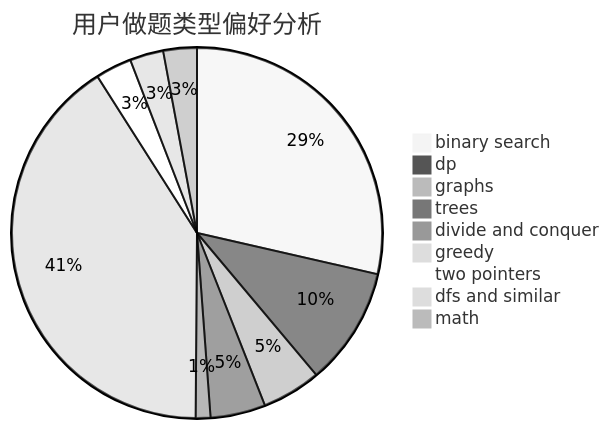
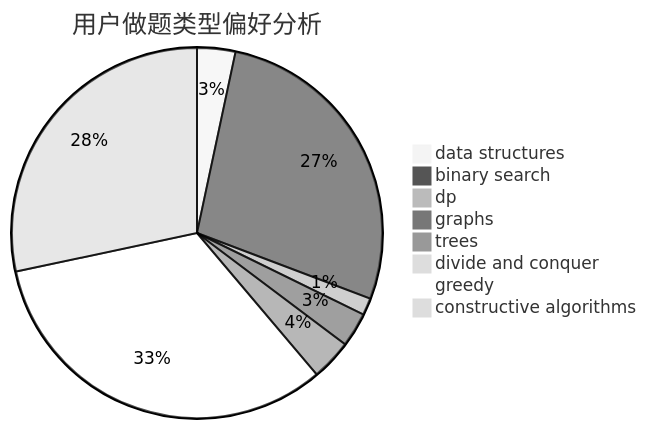
Before and after one commit to sherpahu/cfrs.github.io: the second of 3 diagrams in docs/user/u1468.md, drawn with Mermaid (neutral theme). The commit also changed other lines of this file and 2775 other files, not shown here.

````diff
--- a/docs/user/u1468.md
+++ b/docs/user/u1468.md
@@ -23,12 +23,11 @@
 ```mermaid
 pie title 用户做题类型偏好分析
-    "binary search" :  244
-    "dp" :  88
-    "graphs" :  44
-    "trees" :  41
-    "divide and conquer" :  11
-    "greedy" :  349
-    "two pointers" :  27
-    "dfs and similar" :  25
-    "math" :  25
+    "data structures" :  29
+    "binary search" :  238
+    "dp" :  13
+    "graphs" :  26
+    "trees" :  31
+    "divide and conquer" :  0
+    "greedy" :  285
+    "constructive algorithms" :  246
 ```
````
